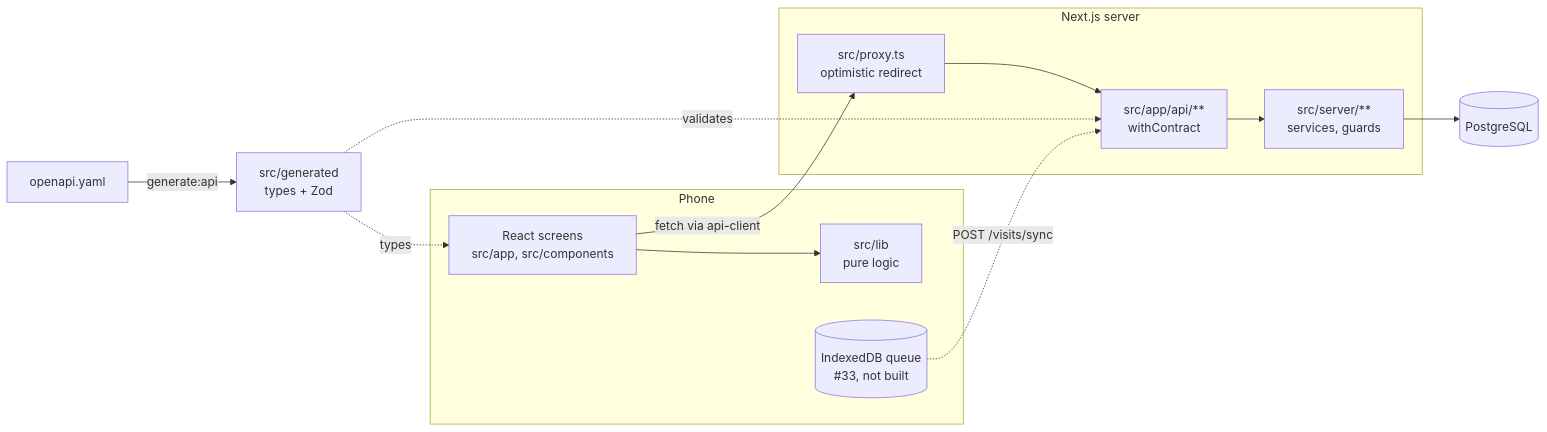
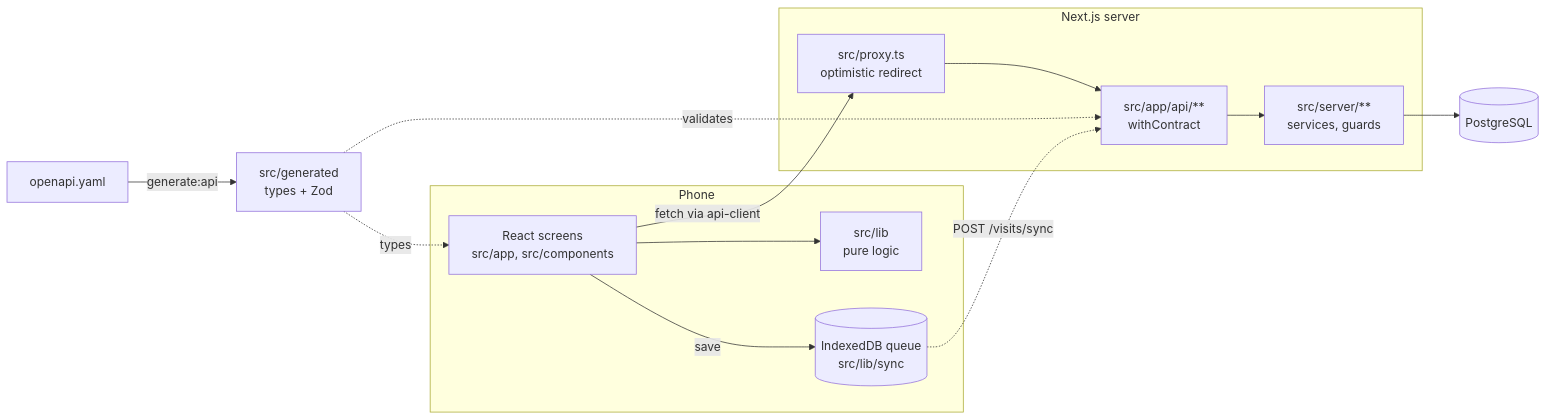
One commit to alphonsekoh/door-to-door changed the diagram in docs/ARCHITECTURE.md. Above: the diagram before and after it, drawn with Mermaid. The commit also changed other lines of this file and 72 other files, not shown here.

First line of the commit message:
feat: IndexedDB write queue and sync engine (#33) (#99)

````diff
--- a/docs/ARCHITECTURE.md
+++ b/docs/ARCHITECTURE.md
@@ -11,20 +11,21 @@
 ```mermaid
 flowchart LR
   subgraph Phone
     UI[React screens<br/>src/app, src/components]
     Lib[src/lib<br/>pure logic]
-    Q[(IndexedDB queue<br/>#33, not built)]
+    Q[(IndexedDB queue<br/>src/lib/sync)]
   end
   subgraph Server[Next.js server]
     Proxy[src/proxy.ts<br/>optimistic redirect]
     Routes[src/app/api/**<br/>withContract]
     Svc[src/server/**<br/>services, guards]
   end
   DB[(PostgreSQL)]
   Spec[openapi.yaml] -->|generate:api| Gen[src/generated<br/>types + Zod]
   UI --> Lib
+  UI -->|save| Q
   UI -->|fetch via api-client| Proxy --> Routes --> Svc --> DB
   Gen -.validates.-> Routes
   Gen -.types.-> UI
   Q -.->|POST /visits/sync| Routes
 ```
````
